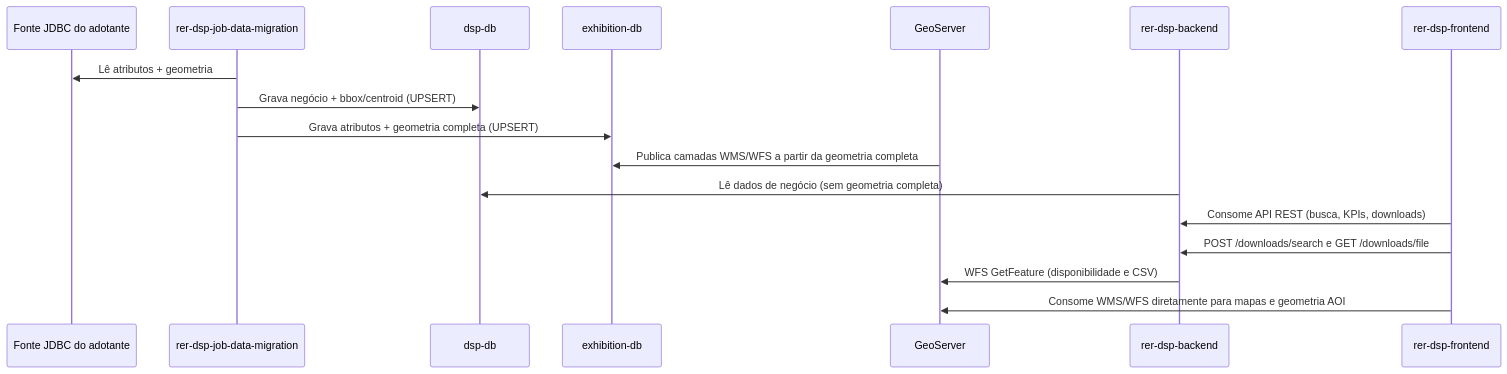
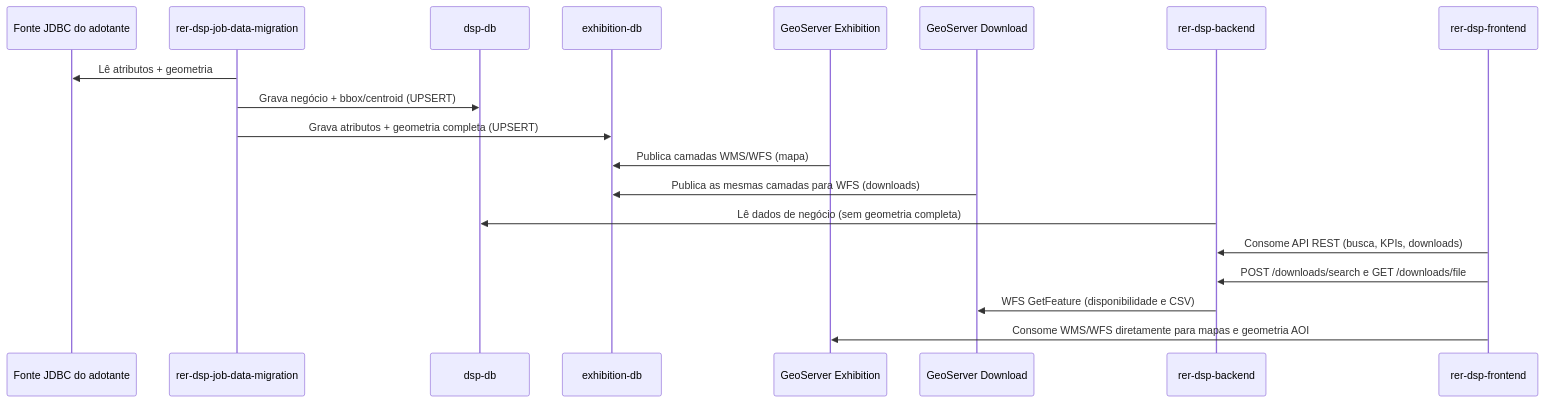
Before and after one commit to kleber-albino/rer-dsp-docs: the diagram in docs/architecture/data-flow.md, drawn with Mermaid. The commit also changed other lines of this file and 12 other files, not shown here.

First line of the commit message:
docs: update for dual GeoServer setup (Exhibition & Download)

````diff
--- a/docs/architecture/data-flow.md
+++ b/docs/architecture/data-flow.md
@@ -5,20 +5,22 @@
 ```mermaid
 sequenceDiagram
   participant Src as Fonte JDBC do adotante
   participant Job as rer-dsp-job-data-migration
   participant DspDb as dsp-db
   participant ExDb as exhibition-db
-  participant Gs as GeoServer
+  participant GsEx as GeoServer Exhibition
+  participant GsDl as GeoServer Download
   participant Be as rer-dsp-backend
   participant Fe as rer-dsp-frontend
 
   Job->>Src: Lê atributos + geometria
   Job->>DspDb: Grava negócio + bbox/centroid (UPSERT)
   Job->>ExDb: Grava atributos + geometria completa (UPSERT)
-  Gs->>ExDb: Publica camadas WMS/WFS a partir da geometria completa
+  GsEx->>ExDb: Publica camadas WMS/WFS (mapa)
+  GsDl->>ExDb: Publica as mesmas camadas para WFS (downloads)
   Be->>DspDb: Lê dados de negócio (sem geometria completa)
   Fe->>Be: Consome API REST (busca, KPIs, downloads)
   Fe->>Be: POST /downloads/search e GET /downloads/file
-  Be->>Gs: WFS GetFeature (disponibilidade e CSV)
-  Fe->>Gs: Consome WMS/WFS diretamente para mapas e geometria AOI
+  Be->>GsDl: WFS GetFeature (disponibilidade e CSV)
+  Fe->>GsEx: Consome WMS/WFS diretamente para mapas e geometria AOI
 ```
````
